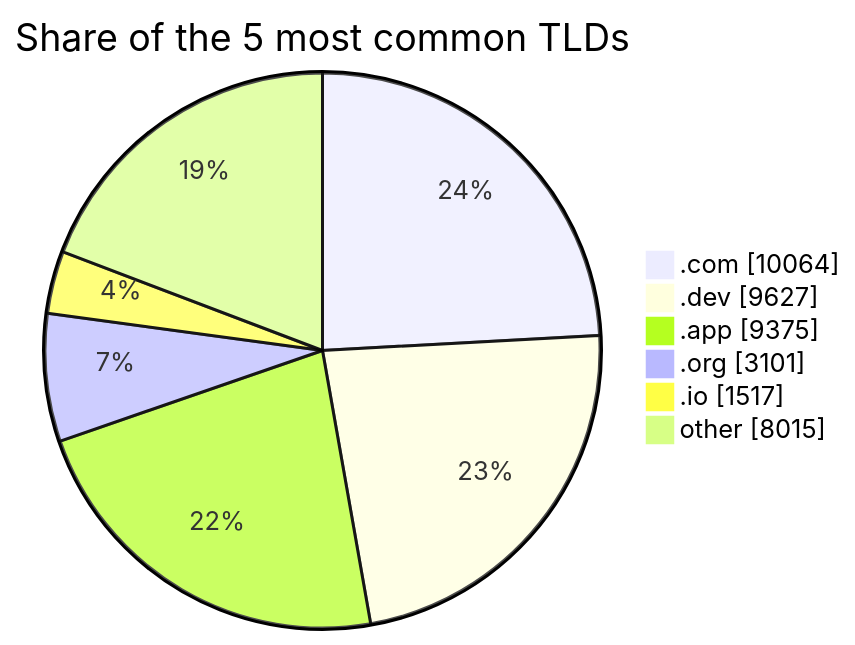
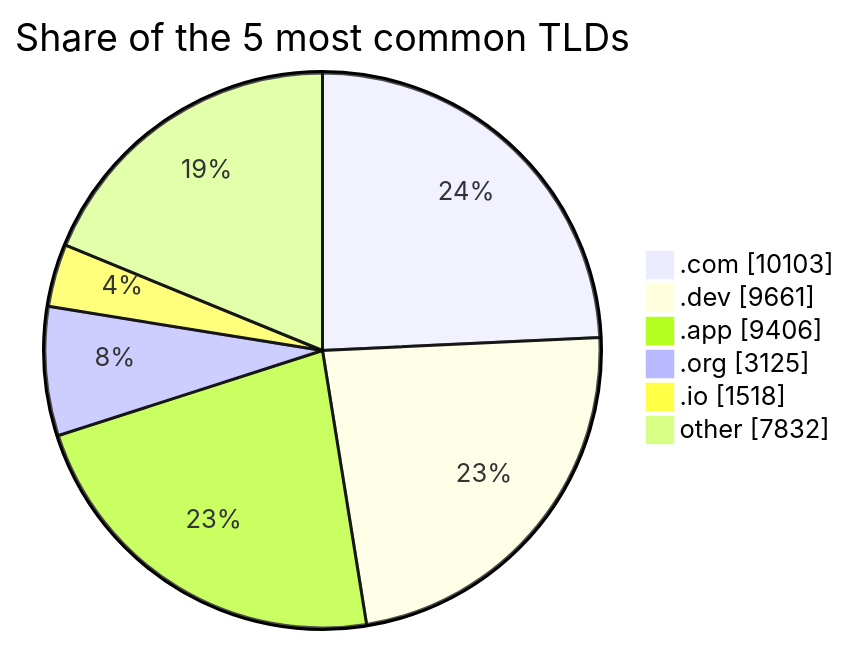
The third of 3 diagrams in README.md (DNSBunker/CTI), drawn with Mermaid before and after one commit. The commit also changed other lines of this file and 3 other files, not shown here.

````diff
--- a/README.md
+++ b/README.md
@@ -81,9 +81,9 @@
 ```mermaid
 pie showData title Share of the 5 most common TLDs
-    ".com" : 10064
-    ".dev" : 9627
-    ".app" : 9375
-    ".org" : 3101
-    ".io" : 1517
-    "other" : 8015
+    ".com" : 10103
+    ".dev" : 9661
+    ".app" : 9406
+    ".org" : 3125
+    ".io" : 1518
+    "other" : 7832
 ```
````
